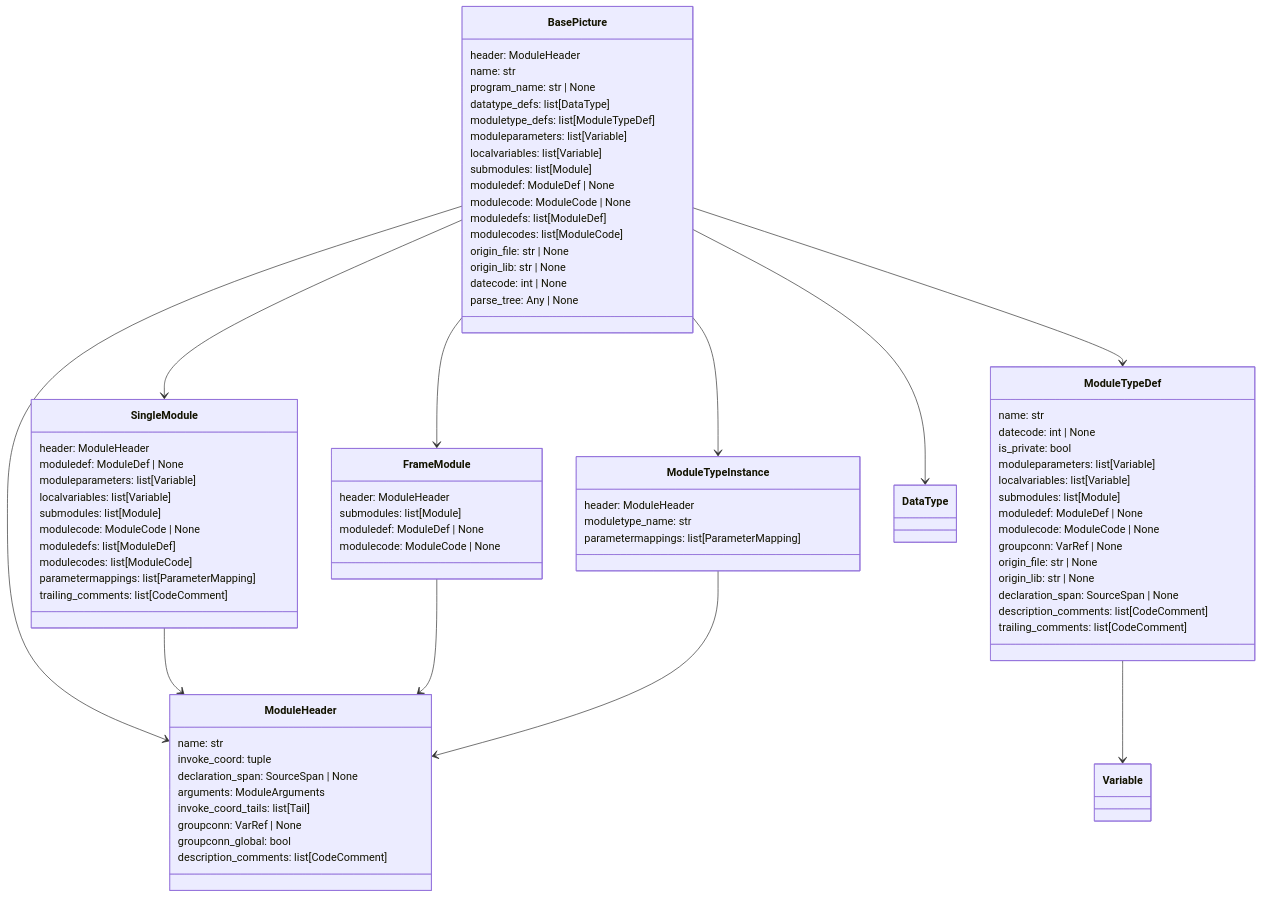
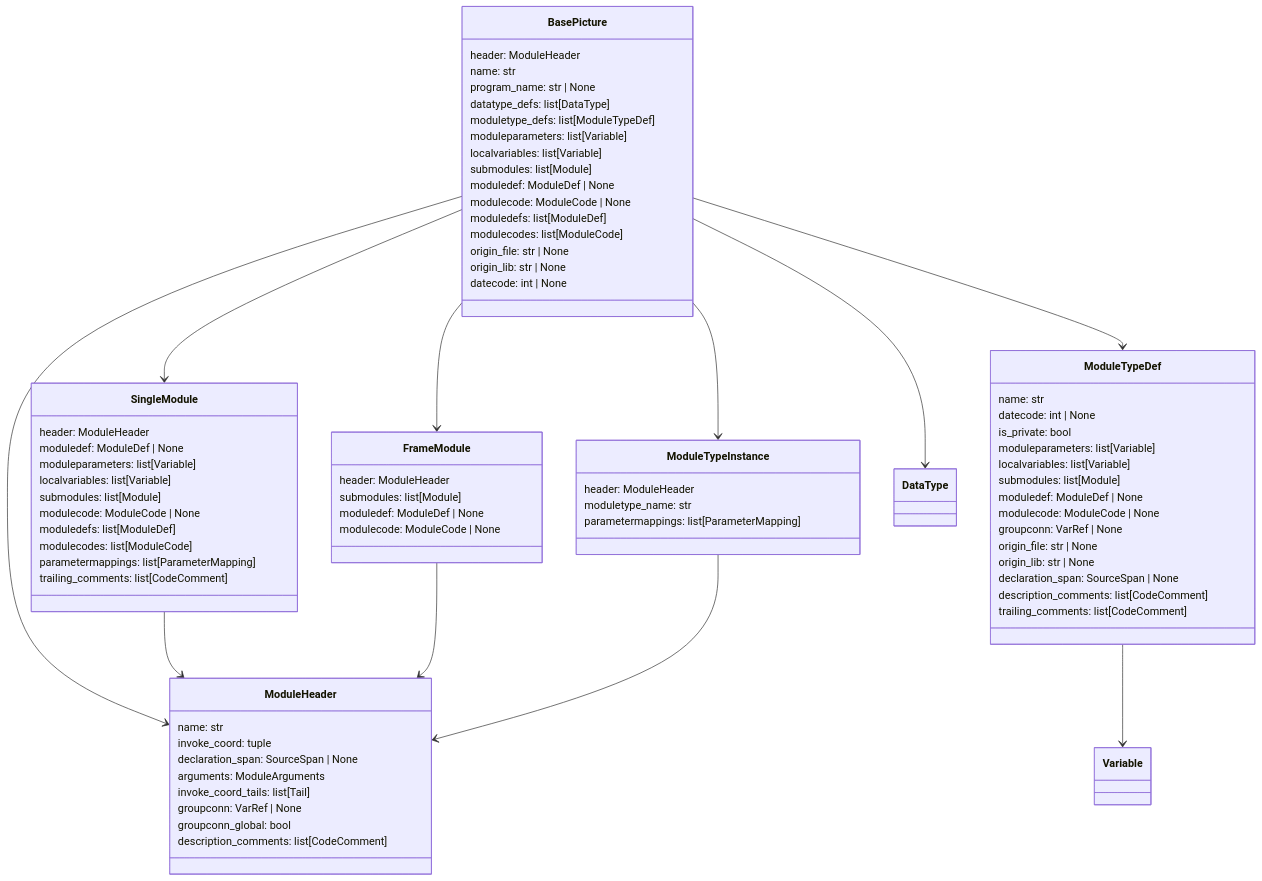
One commit to SorenHJohansen/sattline-parser changed the first of 6 diagrams in docs/ast.md. Above: the diagram before and after it, drawn with Mermaid. The commit also changed other lines of this file and 79 other files, not shown here.

```diff
--- a/docs/ast.md
+++ b/docs/ast.md
@@ -25,7 +25,6 @@
         origin_file: str | None
         origin_lib: str | None
         datecode: int | None
-        parse_tree: Any | None
     }
 
     class ModuleHeader {
```
